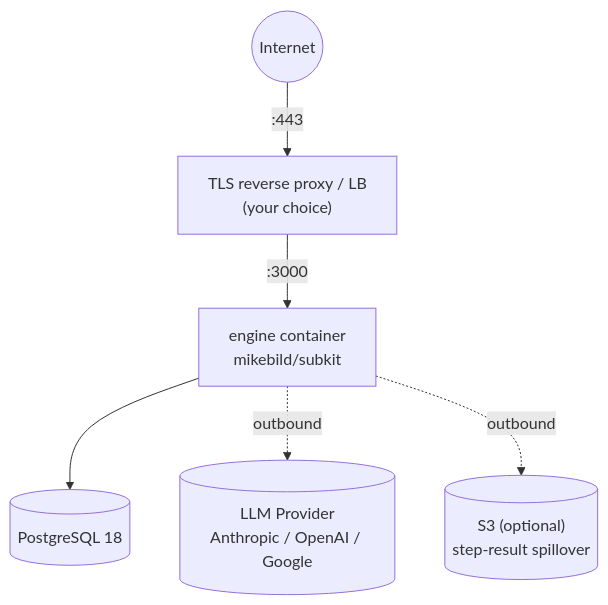
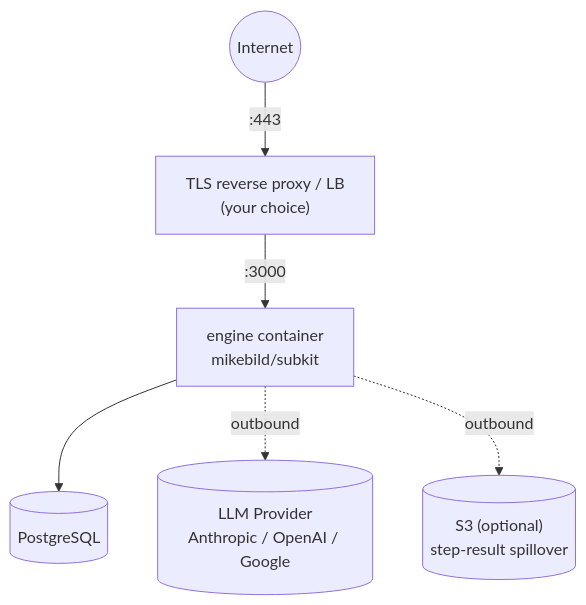
The second of 2 diagrams in docs/developers/self-host.md (MikeBild/subkit), drawn with Mermaid before and after one commit. The commit also changed other lines of this file and 17 other files, not shown here.

First line of the commit message:
docs: restyle the Tier-B deep reference pages with Mermaid + outcome-first framing

````diff
--- a/docs/developers/self-host.md
+++ b/docs/developers/self-host.md
@@ -403,15 +412,15 @@
 ```mermaid
 flowchart TB
     Internet(("Internet"))
     Proxy["TLS reverse proxy / LB<br/>(your choice)"]
     Engine["engine container<br/>mikebild/subkit"]
-    PG[("PostgreSQL 18")]
+    PG[("PostgreSQL")]
     LLM[("LLM Provider<br/>Anthropic / OpenAI / Google")]
     S3[("S3 (optional)<br/>step-result spillover")]
 
     Internet -- :443 --> Proxy
     Proxy -- :3000 --> Engine
     Engine --> PG
     Engine -. outbound .-> LLM
     Engine -. outbound .-> S3
 ```
````
